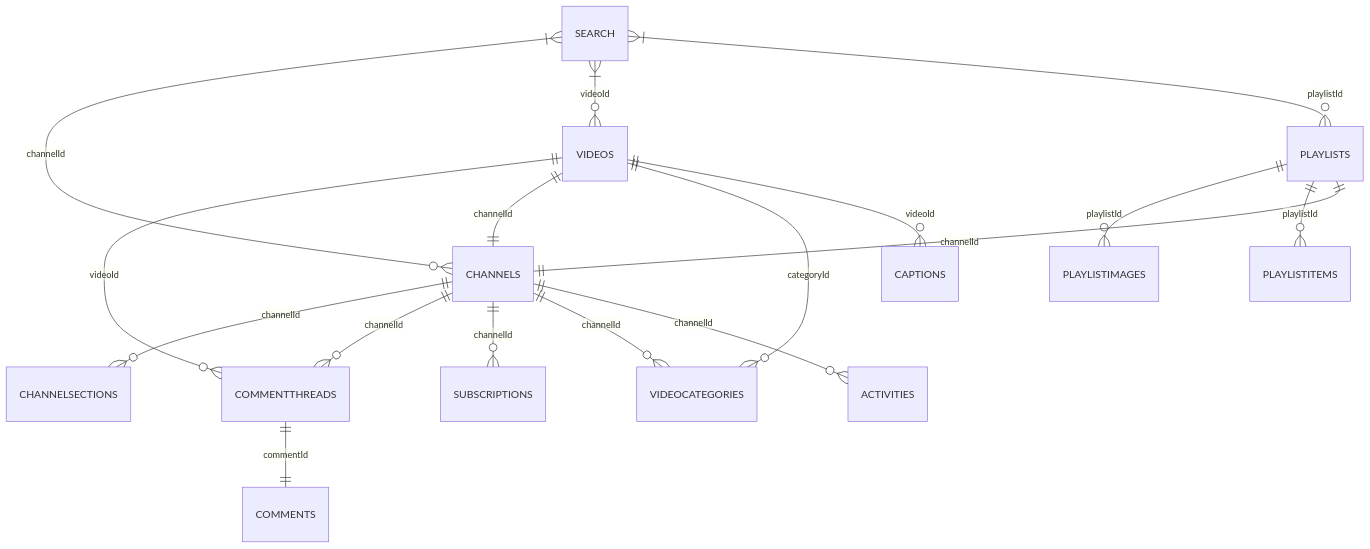
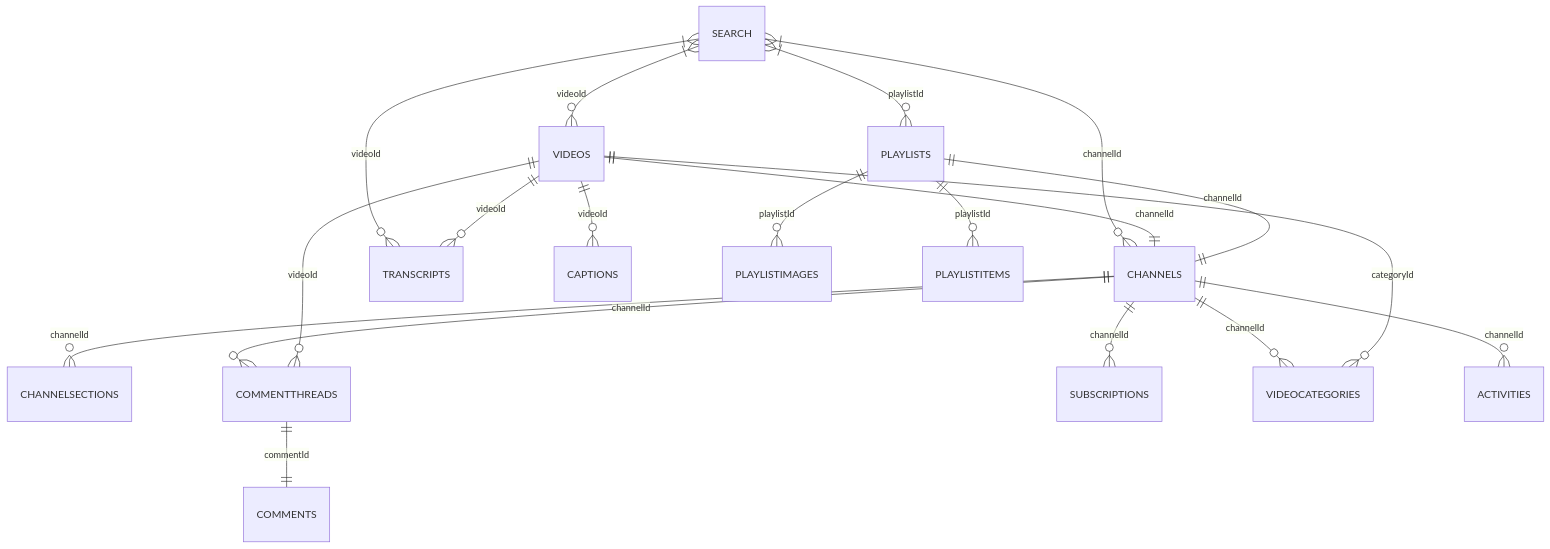
Before and after one commit to isom-ds/apism: the second of 2 diagrams in README.md, drawn with Mermaid. The commit also changed other lines of this file and 2 other files, not shown here.

````diff
--- a/README.md
+++ b/README.md
@@ -98,29 +81,32 @@
 ```mermaid
 %%{init: {
   "themeCSS": [
     "[id^=entity-SEARCH] .er.entityBox { fill: green;} ",
     "[id^=entity-VIDEOS] .er.entityBox { fill: green;} ",
-    "[id^=entity-COMMENTTHREADS] .er.entityBox { fill: green;} ",
+    "[id^=entity-COMMENTTHREADS] .er.entityBox { fill: green;} 
+    "[id^=entity-TRANSCRIPTS] .er.entityBox { fill: green;} ",
     "[id^=entity-API] .er.entityBox { fill: blue;} ",
     "[id^=entity-API] .er.entityBox { fill: orange;} ",
     "[id^=entity-API] .er.entityBox { fill: red;} "
     ]
 }}%%
 erDiagram
     SEARCH }|--o{ CHANNELS : channelId
     SEARCH }|--o{ VIDEOS : videoId
     SEARCH }|--o{ PLAYLISTS : playlistId
+    SEARCH }|--o{ TRANSCRIPTS : videoId
     CHANNELS ||--o{ CHANNELSECTIONS : channelId
     CHANNELS ||--o{ COMMENTTHREADS : channelId
     CHANNELS ||--o{ SUBSCRIPTIONS : channelId
     CHANNELS ||--o{ VIDEOCATEGORIES : channelId
     CHANNELS ||--o{ ACTIVITIES : channelId
     VIDEOS ||--o{ COMMENTTHREADS : videoId
     VIDEOS ||--|| CHANNELS : channelId
     VIDEOS ||--o{ VIDEOCATEGORIES : categoryId
     VIDEOS ||--o{ CAPTIONS : videoId
+    VIDEOS ||--o{ TRANSCRIPTS : videoId
     PLAYLISTS ||--o{ PLAYLISTIMAGES : playlistId
     PLAYLISTS ||--o{ PLAYLISTITEMS : playlistId
     PLAYLISTS ||--|| CHANNELS : channelId
     COMMENTTHREADS ||--|| COMMENTS : commentId
 ```
````
